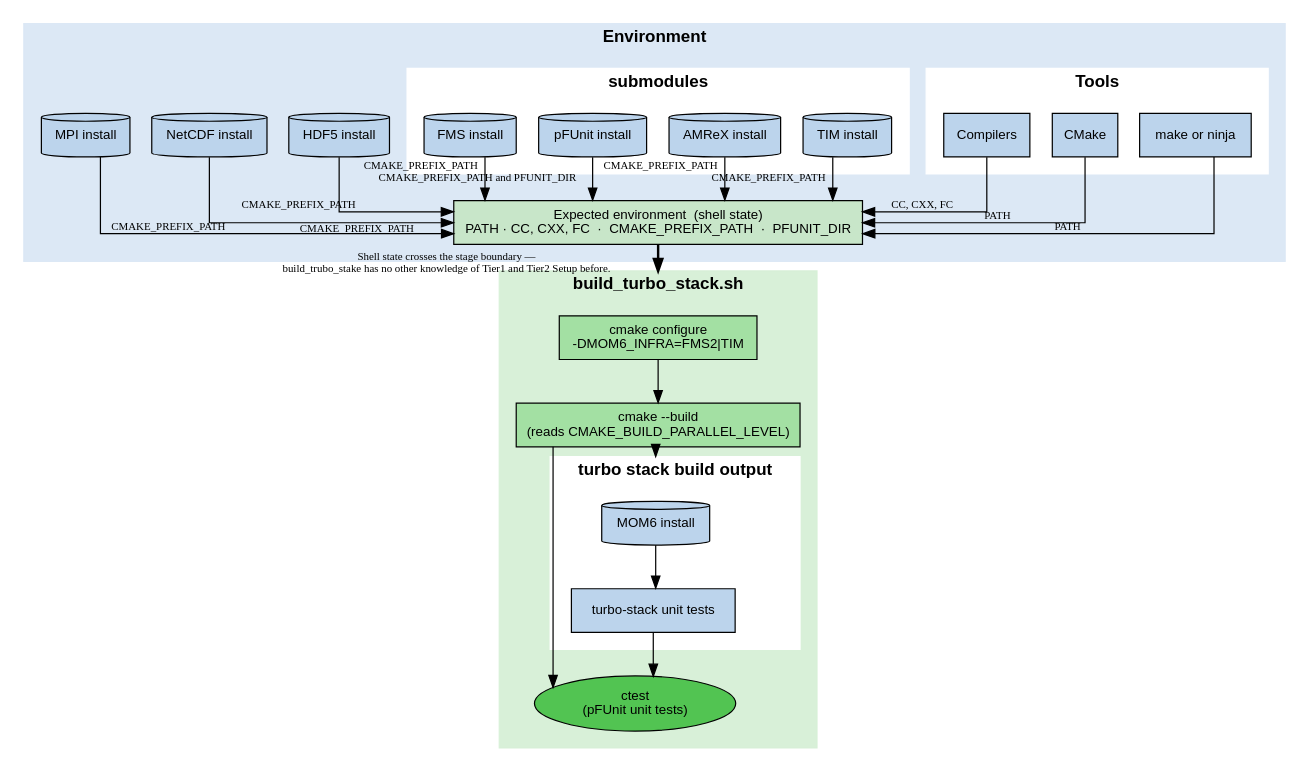
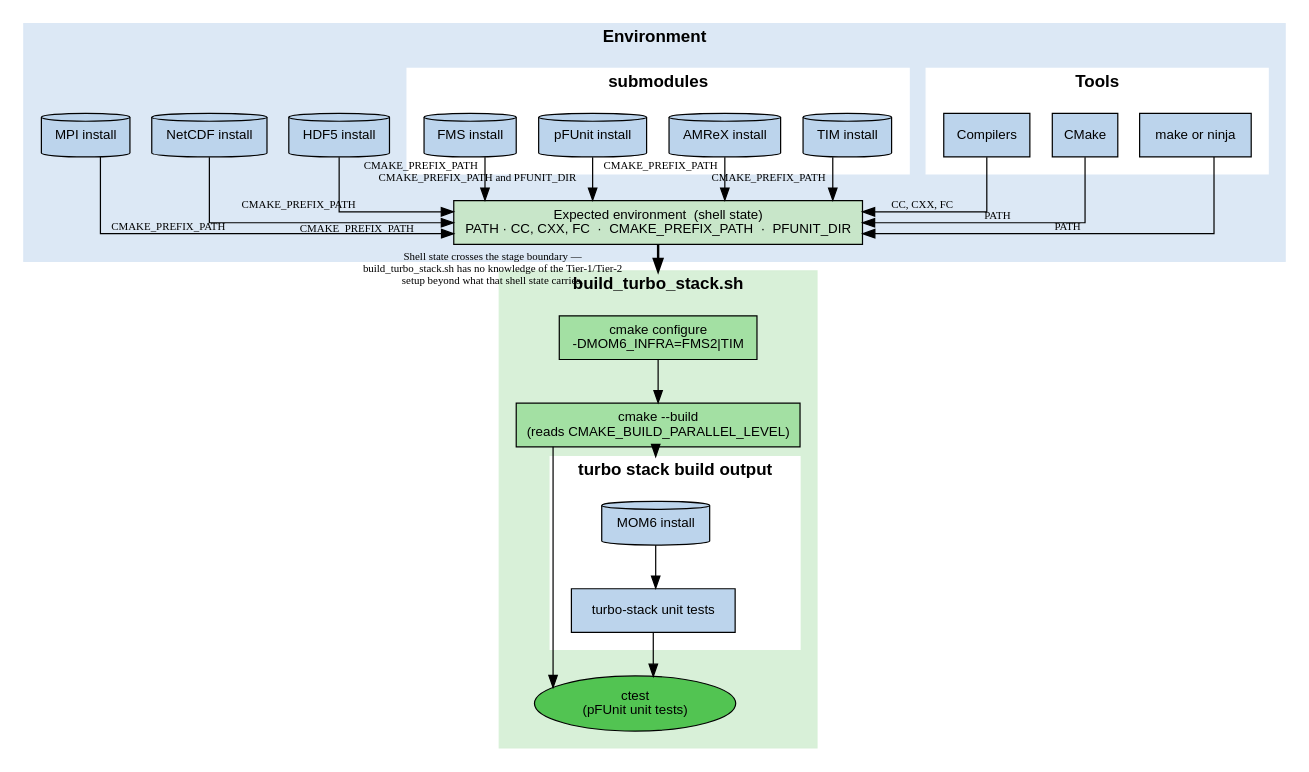
The diagram in docs/build_turbo_stack.dot (TURBO-ESM/turbo-stack), drawn with Graphviz before and after one commit. The commit also changed 3 other files, not shown here.

```diff
--- a/docs/build_turbo_stack.dot
+++ b/docs/build_turbo_stack.dot
@@ -1,117 +1,117 @@
 digraph turbo_stack_build_pipeline {
     rankdir=TB;
     compound=true;
     newrank=true;
     node [shape=box, fontname="Helvetica", fontsize=11];
     edge [fontsize=9];
     splines=ortho;
 
     // ── Stage 1 — env + deps (sourced) ───────────────────────────────────────
     subgraph cluster_stage1 {
         label="Environment";
         style=filled; color="#dce8f5"; fontname="Helvetica-Bold";
         margin=14;
         ordering=out;
 
         subgraph cluster_toolchain {
             label="Tools ";
             style=filled; color="white";
 
             compilers        [label="Compilers",
                             fillcolor="#bcd4ec", style=filled];
             cmake [label="CMake",
                             fillcolor="#bcd4ec", style=filled];
             make_or_ninja [label="make or ninja",
                             fillcolor="#bcd4ec", style=filled];
         }
 
         subgraph tier_1_packages {
                 mpi_install    [label="MPI install",    shape=cylinder, fillcolor="#bcd4ec", style=filled];
                 netcdf_install  [label="NetCDF install",  shape=cylinder, fillcolor="#bcd4ec", style=filled];
                 hdf5_install    [label="HDF5 install",    shape=cylinder, fillcolor="#bcd4ec", style=filled];
         }
 
         // Source-resolution annotation sits at the toolchain rank, beside the
         // toolchain boxes, so it doesn't widen the build_dep cluster.
         subgraph cluster_builddeps {
             label="submodules";
             style=filled; color="white";
 
             fms_install    [label="FMS install",    shape=cylinder, fillcolor="#bcd4ec", style=filled];
             pfunit_install [label="pFUnit install", shape=cylinder, fillcolor="#bcd4ec", style=filled];
             amrex_install  [label="AMReX install",  shape=cylinder, fillcolor="#bcd4ec", style=filled];
             tim_install    [label="TIM install",    shape=cylinder, fillcolor="#bcd4ec", style=filled];
         }
 
         // All nodes in same rank, left to right ordering
         { rank=same; compilers; cmake; make_or_ninja; mpi_install; netcdf_install; hdf5_install; fms_install; pfunit_install; amrex_install; tim_install; }
 
         // Invisible edges to maintain left-to-right order
         compilers -> cmake [style=invis, weight=10];
         cmake -> make_or_ninja [style=invis, weight=10];
         make_or_ninja -> mpi_install [style=invis, weight=10];
         mpi_install -> netcdf_install [style=invis, weight=10];
         netcdf_install -> hdf5_install [style=invis, weight=10];
         hdf5_install -> fms_install [style=invis, weight=10];
         fms_install -> pfunit_install [style=invis, weight=10];
         pfunit_install -> amrex_install [style=invis, weight=10];
         amrex_install -> tim_install [style=invis];
 
         stage1_outputs [label="Expected environment  (shell state)\nPATH · CC, CXX, FC  ·  CMAKE_PREFIX_PATH  ·  PFUNIT_DIR",
                         fillcolor="#c8e6c9", style=filled];
     }
 
     // Tier 1 Installs 
     mpi_install -> stage1_outputs [xlabel="CMAKE_PREFIX_PATH"];
     netcdf_install  -> stage1_outputs [xlabel="CMAKE_PREFIX_PATH"];
     hdf5_install    -> stage1_outputs [xlabel="CMAKE_PREFIX_PATH"];
 
     // Tier 2 Installs 
     fms_install    -> stage1_outputs [xlabel="CMAKE_PREFIX_PATH"];
     pfunit_install -> stage1_outputs [xlabel="CMAKE_PREFIX_PATH and PFUNIT_DIR"];
     amrex_install  -> stage1_outputs [xlabel="CMAKE_PREFIX_PATH"];
     tim_install    -> stage1_outputs [xlabel="CMAKE_PREFIX_PATH"];
 
     compilers     -> stage1_outputs [xlabel="CC, CXX, FC"];
     cmake         -> stage1_outputs [xlabel="PATH"];
     make_or_ninja -> stage1_outputs [xlabel="PATH"];
 
 
     // ── Stage 2 — build turbo-stack (exec'd) ─────────────────────────────────
     subgraph cluster_stage2 {
         label="build_turbo_stack.sh";
         style=filled; color="#d8f0d8"; fontname="Helvetica-Bold";
         margin=14;
 
         cmake_config [label="cmake configure\n-DMOM6_INFRA=FMS2|TIM",
                       fillcolor="#a3e0a3", style=filled];
         cmake_build  [label="cmake --build\n(reads CMAKE_BUILD_PARALLEL_LEVEL)",
                       fillcolor="#a3e0a3", style=filled];
         ctest_node   [label="ctest\n(pFUnit unit tests)",
                       shape=ellipse, fillcolor="#52c452", style=filled];
 
 
         subgraph cluster_turbo_stack_build_output {
             label="turbo stack build output";
             style=filled; color="white";
 
             //marbl_install         [label="MARBL install",    shape=cylinder, fillcolor="#bcd4ec", style=filled];
             mom6_install         [label="MOM6 install",    shape=cylinder, fillcolor="#bcd4ec", style=filled];
             turbo_stack_install  [label="turbo-stack unit tests",    fillcolor="#bcd4ec", style=filled];
 
             //marbl_install -> mom6_install
             mom6_install -> turbo_stack_install;
         }
 
     }
 
         cmake_config -> cmake_build;
         cmake_build  -> mom6_install [lhead=cluster_turbo_stack_build_output];
         cmake_build  -> ctest_node;
         turbo_stack_install  -> ctest_node;
 
     // ── Environment → build_turbo_stack.sh hand-off (THE central message) ─────────────────────
     stage1_outputs -> cmake_config [lhead=cluster_stage2, penwidth=2,
-        xlabel="Shell state crosses the stage boundary —\nbuild_trubo_stake has no other knowledge of Tier1 and Tier2 Setup before."];
+        xlabel="Shell state crosses the stage boundary —\nbuild_turbo_stack.sh has no knowledge of the Tier-1/Tier-2\nsetup beyond what that shell state carries."];
 
 }
```
